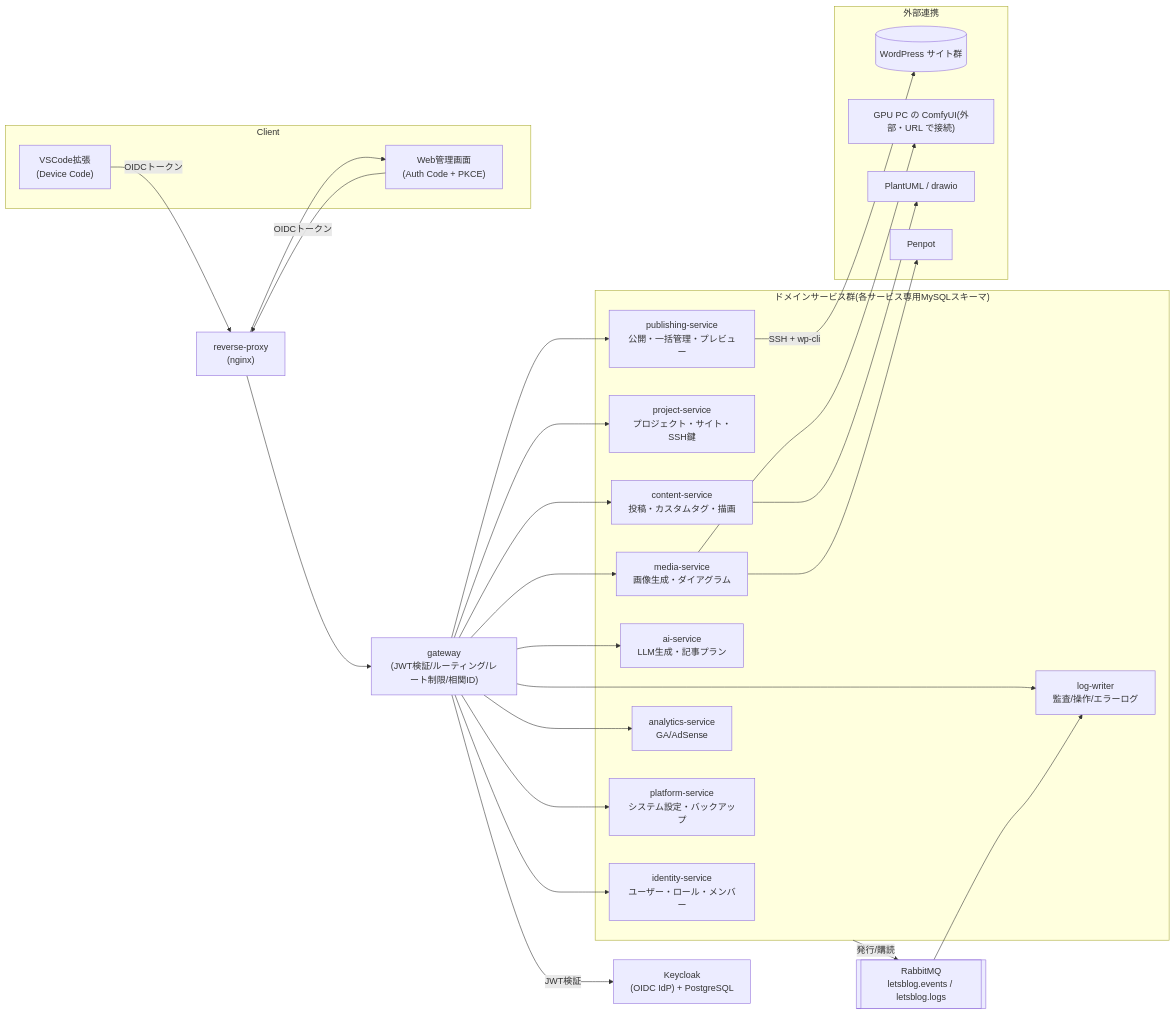
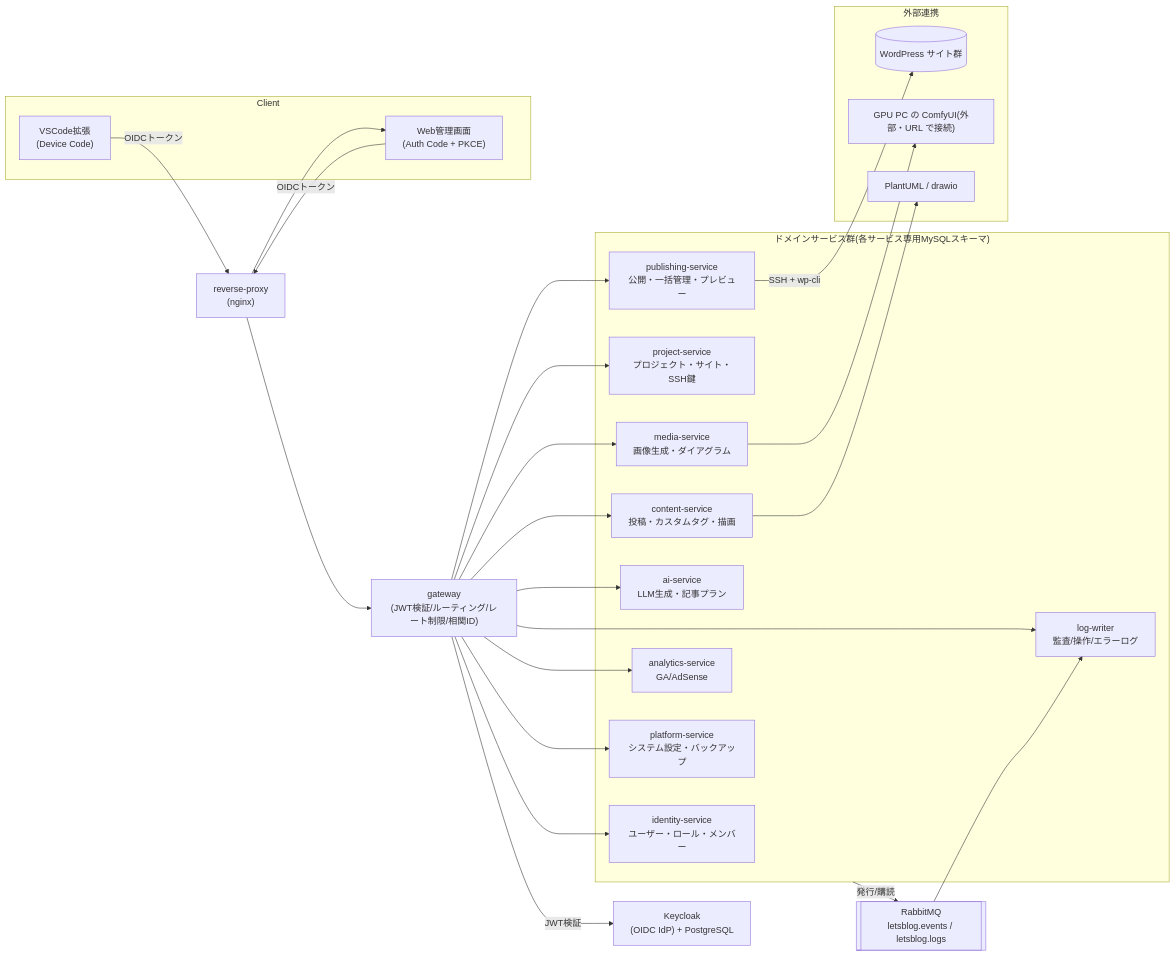
The diagram in README.md (tonoccho/lets_blog_server), drawn with Mermaid before and after one commit. The commit also changed 55 other files, not shown here.

````diff
--- a/README.md
+++ b/README.md
@@ -20,53 +20,51 @@
 ```mermaid
 flowchart LR
     subgraph Client
         VSCode["VSCode拡張<br/>(Device Code)"]
         Web["Web管理画面<br/>(Auth Code + PKCE)"]
     end
 
     RP["reverse-proxy<br/>(nginx)"]
     GW["gateway<br/>(JWT検証/ルーティング/レート制限/相関ID)"]
     KC["Keycloak<br/>(OIDC IdP) + PostgreSQL"]
 
     subgraph Services["ドメインサービス群(各サービス専用MySQLスキーマ)"]
         Identity["identity-service<br/>ユーザー・ロール・メンバー"]
         Project["project-service<br/>プロジェクト・サイト・SSH鍵"]
         Content["content-service<br/>投稿・カスタムタグ・描画"]
         Media["media-service<br/>画像生成・ダイアグラム"]
         AI["ai-service<br/>LLM生成・記事プラン"]
         Publishing["publishing-service<br/>公開・一括管理・プレビュー"]
         Analytics["analytics-service<br/>GA/AdSense"]
         Platform["platform-service<br/>システム設定・バックアップ"]
         LogW["log-writer<br/>監査/操作/エラーログ"]
     end
 
     Events[["RabbitMQ<br/>letsblog.events / letsblog.logs"]]
 
     subgraph External["外部連携"]
         WP[("WordPress サイト群")]
         ComfyUI["GPU PC の ComfyUI(外部・URL で接続)"]
         PlantUML["PlantUML / drawio"]
-        Penpot["Penpot"]
     end
 
     VSCode -- OIDCトークン --> RP
     Web -- OIDCトークン --> RP
     RP --> GW
     RP --> Web
     GW -- JWT検証 --> KC
     GW --> Identity
     GW --> Project
     GW --> Content
     GW --> Media
     GW --> AI
     GW --> Publishing
     GW --> Analytics
     GW --> Platform
     GW --> LogW
     Services -- 発行/購読 --> Events
     Events --> LogW
     Publishing -- "SSH + wp-cli" --> WP
     Media --> ComfyUI
-    Media --> Penpot
     Content --> PlantUML
 ```
````
